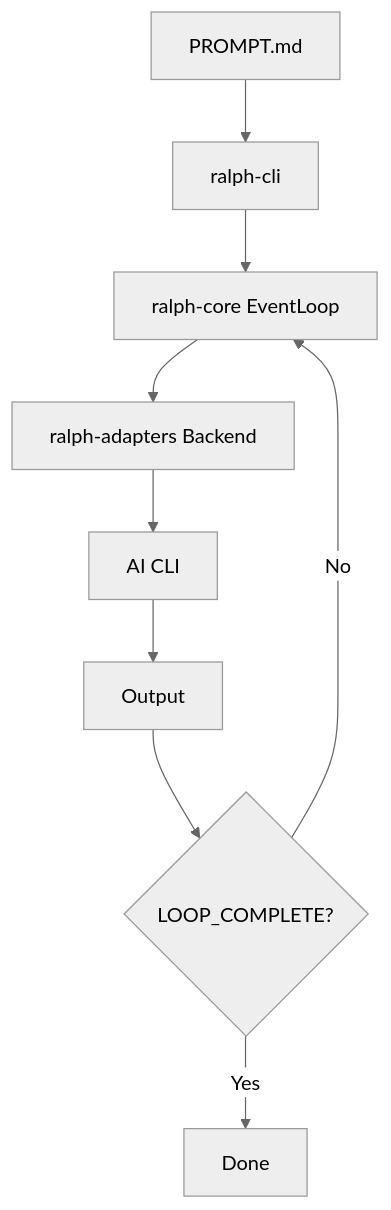
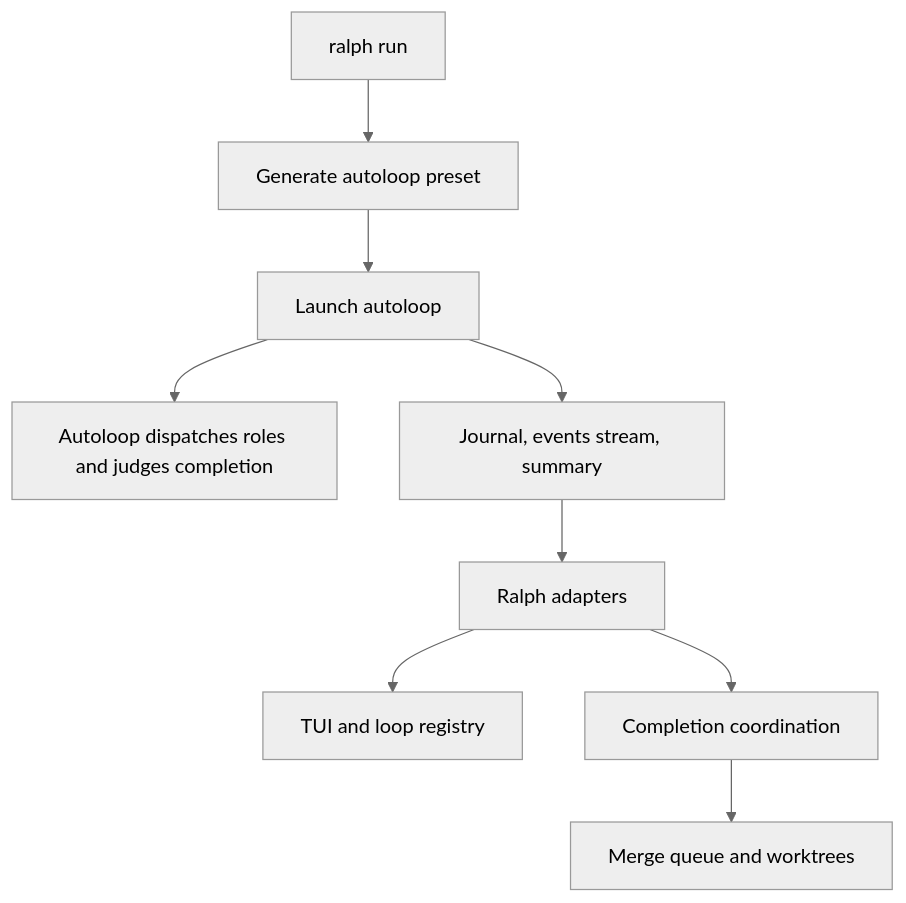
One commit to mikeyobrien/ralph-orchestrator changed the diagram in docs/advanced/architecture.md. Above: the diagram before and after it, drawn with Mermaid (neutral theme). The commit also changed other lines of this file and 25 other files, not shown here.

````diff
--- a/docs/advanced/architecture.md
+++ b/docs/advanced/architecture.md
@@ -137,11 +31,11 @@
 ```mermaid
 flowchart TD
-    A[PROMPT.md] --> B[ralph-cli]
-    B --> C[ralph-core EventLoop]
-    C --> D[ralph-adapters Backend]
-    D --> E[AI CLI]
-    E --> F[Output]
-    F --> G{LOOP_COMPLETE?}
-    G -->|No| C
-    G -->|Yes| H[Done]
+    A[ralph run] --> B[Generate autoloop preset]
+    B --> C[Launch autoloop]
+    C --> D[Autoloop dispatches roles and judges completion]
+    C --> E[Journal, events stream, summary]
+    E --> F[Ralph adapters]
+    F --> G[TUI and loop registry]
+    F --> H[Completion coordination]
+    H --> I[Merge queue and worktrees]
 ```
````
